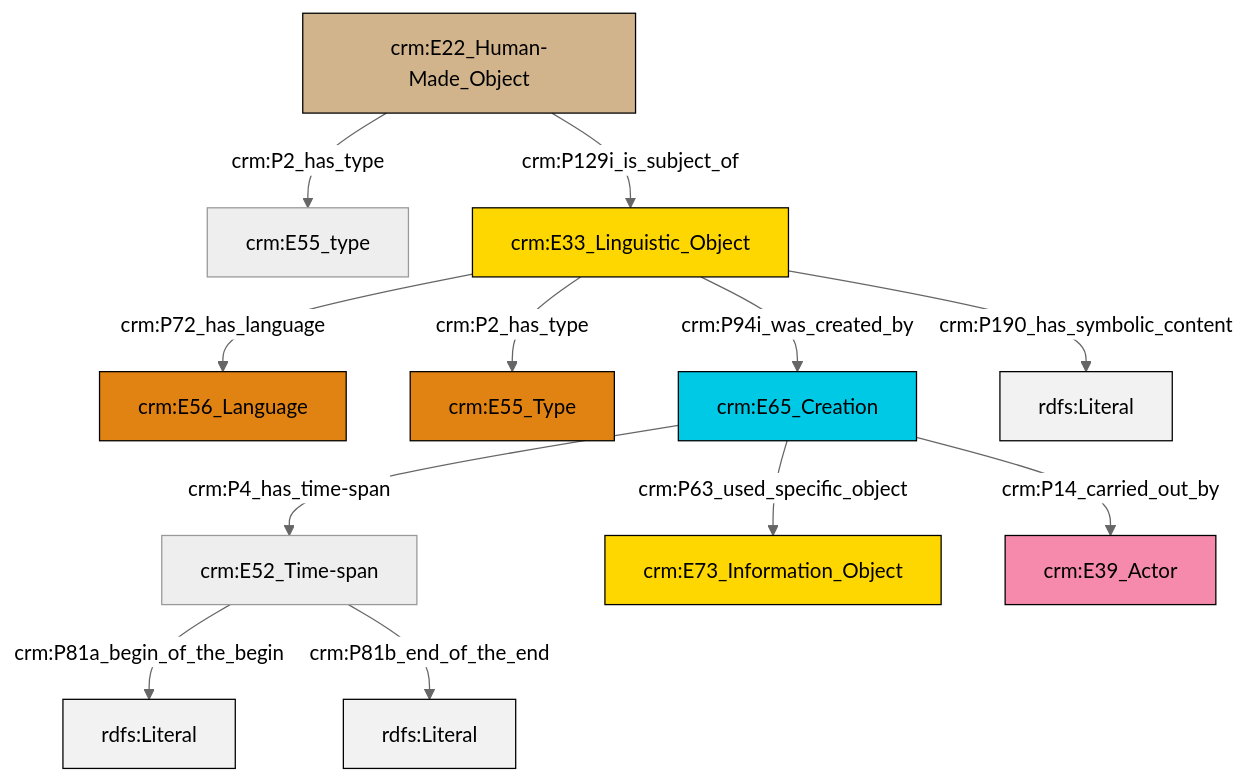
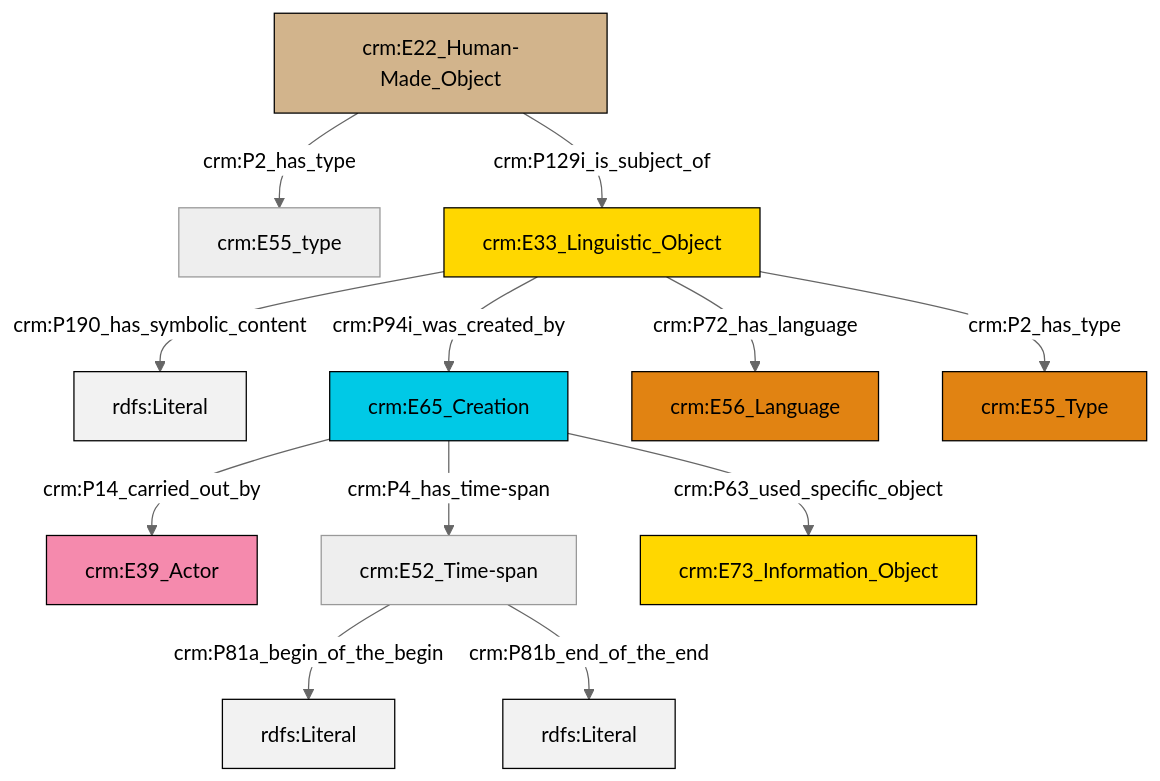
One commit to swiss-art-research-net/docs.swissartresearch changed the diagram in et/artworkCSV/ttl/mmd/Artwork_Description.ttl.mmd. Above: the diagram before and after it, drawn with Mermaid (neutral theme). The commit also changed 179 other files, not shown here.

```diff
--- a/et/artworkCSV/ttl/mmd/Artwork_Description.ttl.mmd
+++ b/et/artworkCSV/ttl/mmd/Artwork_Description.ttl.mmd
@@ -1,26 +1,26 @@
 graph TD
 classDef Literal fill:#f2f2f2,stroke:#000000;
 classDef CRM_Entity fill:#FFFFFF,stroke:#000000;
 classDef Temporal_Entity fill:#00C9E6, stroke:#000000;
 classDef Type fill:#E18312, stroke:#000000;
 classDef Time-Span fill:#2C9C91, stroke:#000000;
 classDef Appellation fill:#FFEB7F, stroke:#000000;
 classDef Place fill:#008836, stroke:#000000;
 classDef Persistent_Item fill:#B266B2, stroke:#000000;
 classDef Conceptual_Object fill:#FFD700, stroke:#000000;
 classDef Physical_Thing fill:#D2B48C, stroke:#000000;
 classDef Actor fill:#f58aad, stroke:#000000;
 classDef PC_Classes fill:#4ce600, stroke:#000000;
 classDef Multi fill:#cccccc,stroke:#000000;
 
 0["crm:E22_Human-Made_Object"]:::Physical_Thing -->|crm:P2_has_type| 1["crm:E55_type"]:::Default
-2["crm:E33_Linguistic_Object"]:::Conceptual_Object -->|crm:P72_has_language| 3["crm:E56_Language"]:::Type
-5["crm:E52_Time-span"]:::Default -->|crm:P81a_begin_of_the_begin| 6[rdfs:Literal]:::Literal
-12["crm:E65_Creation"]:::Temporal_Entity -->|crm:P4_has_time-span| 5["crm:E52_Time-span"]:::Default
-5["crm:E52_Time-span"]:::Default -->|crm:P81b_end_of_the_end| 13[rdfs:Literal]:::Literal
+2["crm:E33_Linguistic_Object"]:::Conceptual_Object -->|crm:P190_has_symbolic_content| 3[rdfs:Literal]:::Literal
+4["crm:E65_Creation"]:::Temporal_Entity -->|crm:P14_carried_out_by| 6["crm:E39_Actor"]:::Actor
+2["crm:E33_Linguistic_Object"]:::Conceptual_Object -->|crm:P72_has_language| 8["crm:E56_Language"]:::Type
+4["crm:E65_Creation"]:::Temporal_Entity -->|crm:P63_used_specific_object| 13["crm:E73_Information_Object"]:::Conceptual_Object
+2["crm:E33_Linguistic_Object"]:::Conceptual_Object -->|crm:P94i_was_created_by| 4["crm:E65_Creation"]:::Temporal_Entity
+10["crm:E52_Time-span"]:::Default -->|crm:P81a_begin_of_the_begin| 17[rdfs:Literal]:::Literal
+10["crm:E52_Time-span"]:::Default -->|crm:P81b_end_of_the_end| 18[rdfs:Literal]:::Literal
 0["crm:E22_Human-Made_Object"]:::Physical_Thing -->|crm:P129i_is_subject_of| 2["crm:E33_Linguistic_Object"]:::Conceptual_Object
-2["crm:E33_Linguistic_Object"]:::Conceptual_Object -->|crm:P2_has_type| 10["crm:E55_Type"]:::Type
-2["crm:E33_Linguistic_Object"]:::Conceptual_Object -->|crm:P94i_was_created_by| 12["crm:E65_Creation"]:::Temporal_Entity
-12["crm:E65_Creation"]:::Temporal_Entity -->|crm:P63_used_specific_object| 7["crm:E73_Information_Object"]:::Conceptual_Object
-2["crm:E33_Linguistic_Object"]:::Conceptual_Object -->|crm:P190_has_symbolic_content| 20[rdfs:Literal]:::Literal
-12["crm:E65_Creation"]:::Temporal_Entity -->|crm:P14_carried_out_by| 15["crm:E39_Actor"]:::Actor
+2["crm:E33_Linguistic_Object"]:::Conceptual_Object -->|crm:P2_has_type| 19["crm:E55_Type"]:::Type
+4["crm:E65_Creation"]:::Temporal_Entity -->|crm:P4_has_time-span| 10["crm:E52_Time-span"]:::Default
```
